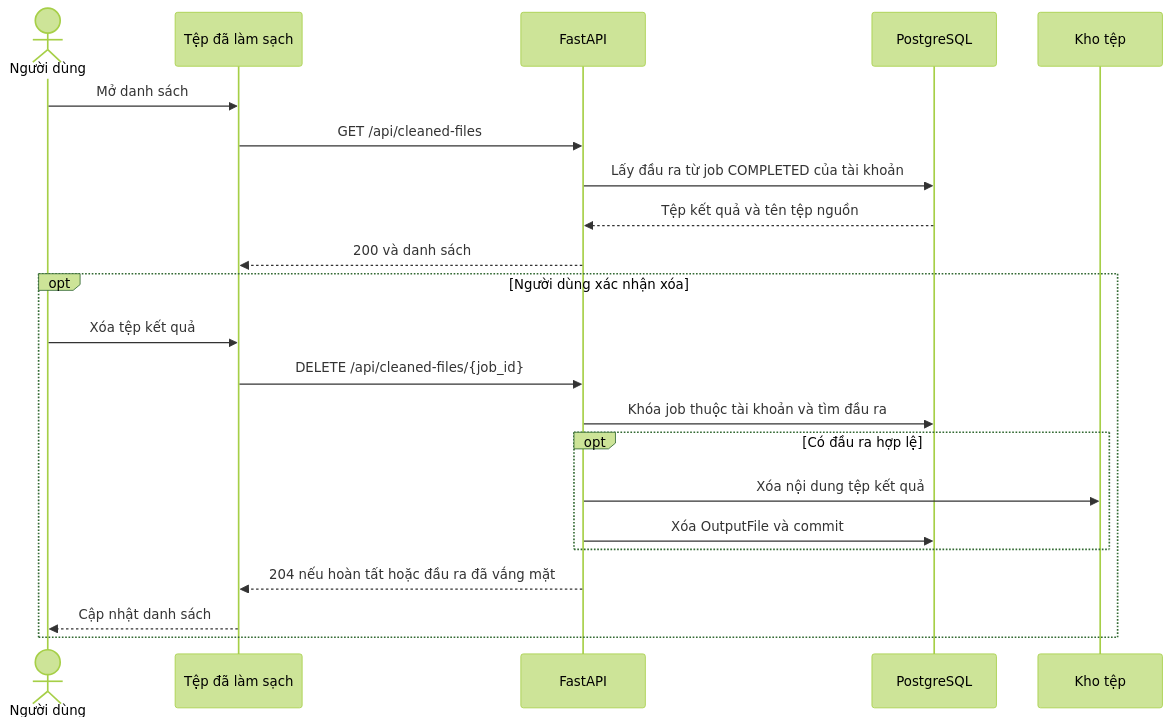
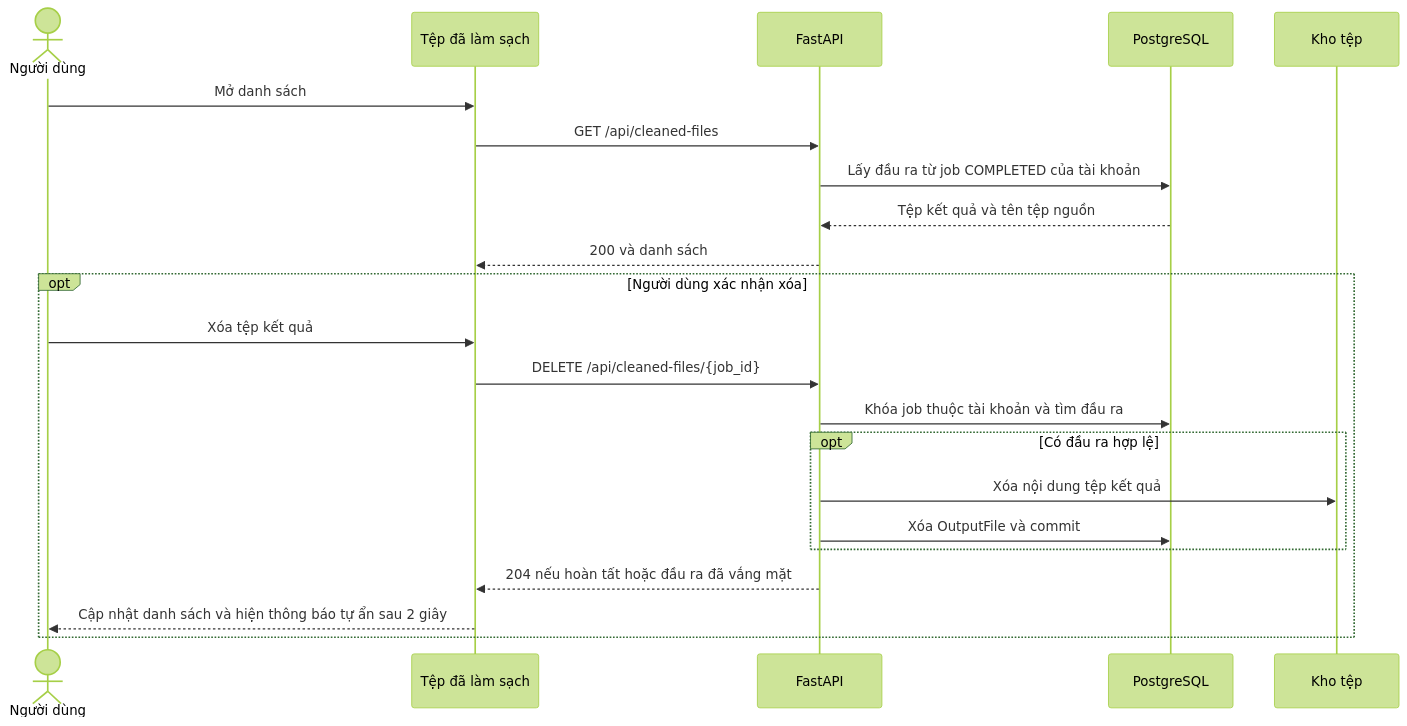
Diagram 20 of 24 in docs/diagrams/So-do-activity-va-sequence.md (tuoicaominh/DATA-CLEANING-AND-ANALYSIS-), drawn with Mermaid (forest theme) before and after one commit. The commit also changed other lines of this file and 2 other files, not shown here.

First line of the commit message:
docs: Cập nhật sơ đồ và báo cáo chức năng làm sạch dữ liệu

````diff
--- a/docs/diagrams/So-do-activity-va-sequence.md
+++ b/docs/diagrams/So-do-activity-va-sequence.md
@@ -517,24 +525,24 @@
 ```mermaid
 sequenceDiagram
     actor U as Người dùng
     participant UI as Tệp đã làm sạch
     participant API as FastAPI
     participant DB as PostgreSQL
     participant FS as Kho tệp
     U->>UI: Mở danh sách
     UI->>API: GET /api/cleaned-files
     API->>DB: Lấy đầu ra từ job COMPLETED của tài khoản
     DB-->>API: Tệp kết quả và tên tệp nguồn
     API-->>UI: 200 và danh sách
     opt Người dùng xác nhận xóa
         U->>UI: Xóa tệp kết quả
         UI->>API: DELETE /api/cleaned-files/{job_id}
         API->>DB: Khóa job thuộc tài khoản và tìm đầu ra
         opt Có đầu ra hợp lệ
             API->>FS: Xóa nội dung tệp kết quả
             API->>DB: Xóa OutputFile và commit
         end
         API-->>UI: 204 nếu hoàn tất hoặc đầu ra đã vắng mặt
-        UI-->>U: Cập nhật danh sách
+        UI-->>U: Cập nhật danh sách và hiện thông báo tự ẩn sau 2 giây
     end
 ```
````
